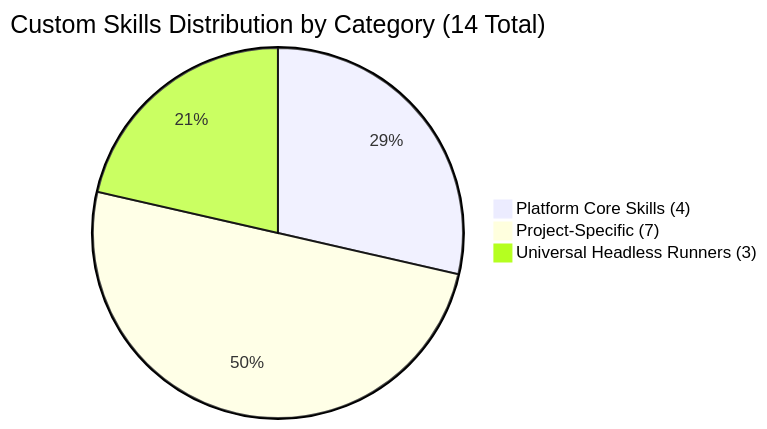
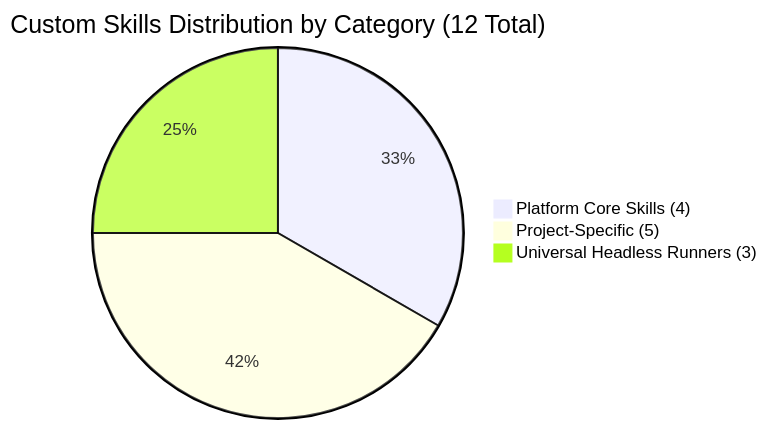
Before and after one commit to trishul-developers/trishul-skills: the diagram in docs/TAXONOMY.md, drawn with Mermaid. The commit also changed other lines of this file and 9 other files, not shown here.

````diff
--- a/docs/TAXONOMY.md
+++ b/docs/TAXONOMY.md
@@ -9,6 +9,6 @@
 ```mermaid
-pie title Custom Skills Distribution by Category (14 Total)
+pie title Custom Skills Distribution by Category (12 Total)
     "Platform Core Skills (4)" : 4
-    "Project-Specific (7)" : 7
+    "Project-Specific (5)" : 5
     "Universal Headless Runners (3)" : 3
 ```
````
